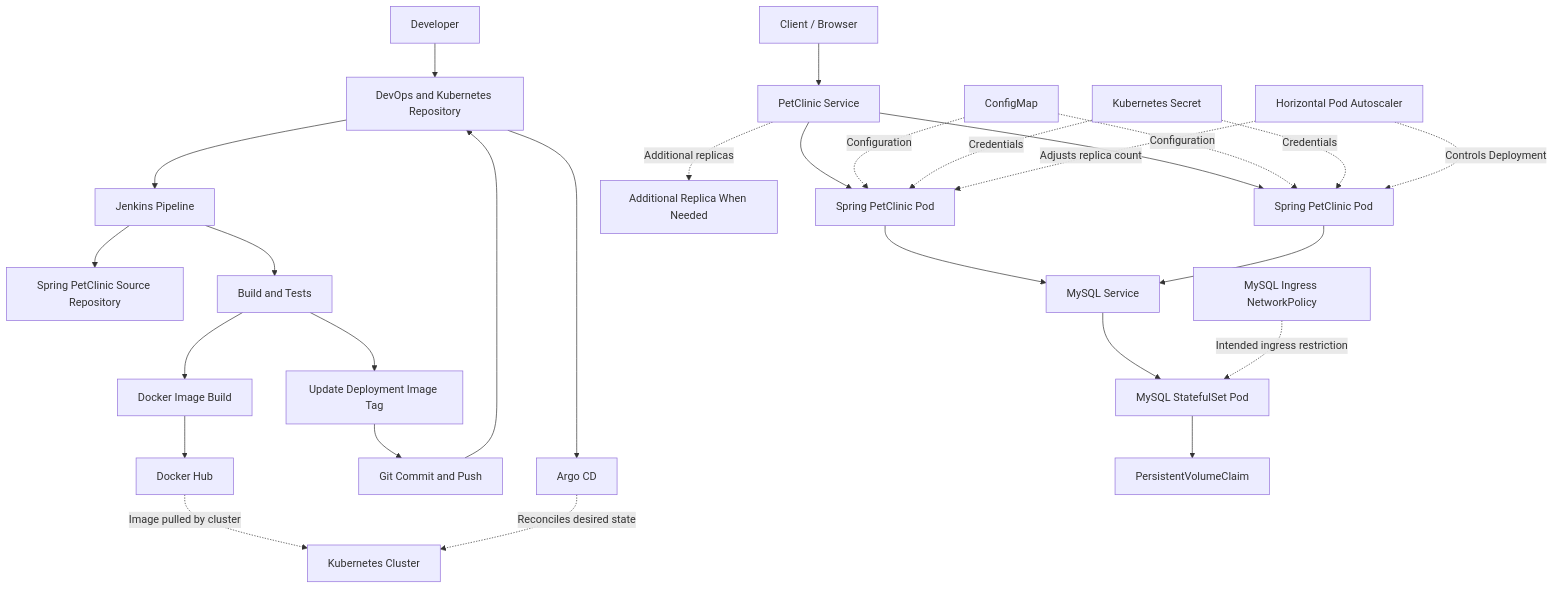
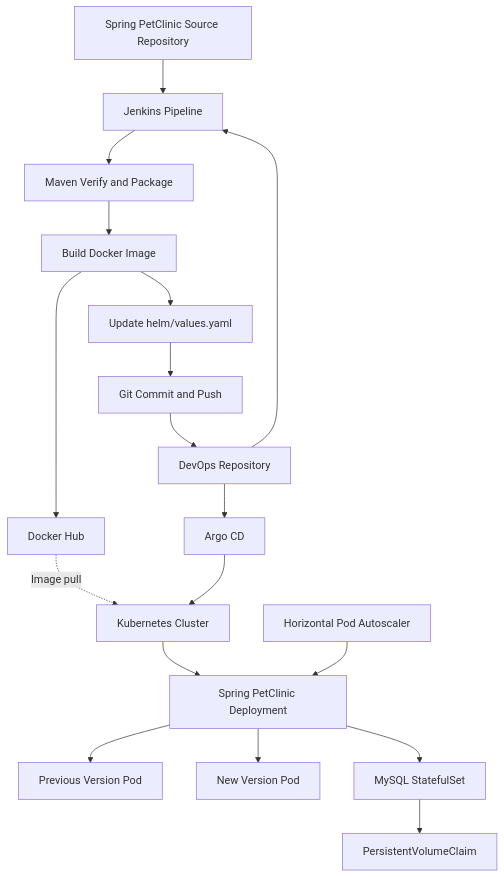
Before and after one commit to moamenothman/spring-petclinic-DevOps: the diagram in README.md, drawn with Mermaid. The commit also changed other lines of this file and 6 other files, not shown here.

````diff
--- a/README.md
+++ b/README.md
@@ -67,60 +78,37 @@
 ```mermaid
 flowchart TD
-    Developer[Developer]
     Source[Spring PetClinic Source Repository]
-    DevOpsRepo[DevOps and Kubernetes Repository]
+    DevOps[DevOps Repository]
     Jenkins[Jenkins Pipeline]
-    Tests[Build and Tests]
-    Image[Docker Image Build]
+    Maven[Maven Verify and Package]
+    Docker[Build Docker Image]
     Registry[Docker Hub]
-    Manifest[Update Deployment Image Tag]
+    Helm[Update helm/values.yaml]
     Commit[Git Commit and Push]
-    ArgoCD[Argo CD]
+    Argo[Argo CD]
     K8s[Kubernetes Cluster]
+    Deploy[Spring PetClinic Deployment]
+    Old[Previous Version Pod]
+    New[New Version Pod]
+    MySQL[MySQL StatefulSet]
+    PVC[PersistentVolumeClaim]
+    HPA[Horizontal Pod Autoscaler]
 
-    Client[Client / Browser]
-    Service[PetClinic Service]
-    App1[Spring PetClinic Pod]
-    App2[Spring PetClinic Pod]
-    App3[Additional Replica When Needed]
-    HPA[Horizontal Pod Autoscaler]
-    Config[ConfigMap]
-    Secret[Kubernetes Secret]
-    DBService[MySQL Service]
-    Policy[MySQL Ingress NetworkPolicy]
-    MySQL[MySQL StatefulSet Pod]
-    PVC[PersistentVolumeClaim]
-
-    Developer --> DevOpsRepo
-    Jenkins --> Source
-    DevOpsRepo --> Jenkins
-    Jenkins --> Tests
-    Tests --> Image
-    Image --> Registry
-    Registry -. Image pulled by cluster .-> K8s
-
-    Tests --> Manifest
-    Manifest --> Commit
-    Commit --> DevOpsRepo
-    DevOpsRepo --> ArgoCD
-    ArgoCD -. Reconciles desired state .-> K8s
-
-    Client --> Service
-    Service --> App1
-    Service --> App2
-    Service -. Additional replicas .-> App3
-
-    Config -. Configuration .-> App1
-    Config -. Configuration .-> App2
-    Secret -. Credentials .-> App1
-    Secret -. Credentials .-> App2
-
-    App1 --> DBService
-    App2 --> DBService
-    DBService --> MySQL
-    Policy -. Intended ingress restriction .-> MySQL
+    Source --> Jenkins
+    DevOps --> Jenkins
+    Jenkins --> Maven
+    Maven --> Docker
+    Docker --> Registry
+    Registry -. Image pull .-> K8s
+    Docker --> Helm
+    Helm --> Commit
+    Commit --> DevOps
+    DevOps --> Argo
+    Argo --> K8s
+    K8s --> Deploy
+    Deploy --> Old
+    Deploy --> New
+    Deploy --> MySQL
     MySQL --> PVC
-
-    HPA -. Adjusts replica count .-> App1
-    HPA -. Controls Deployment .-> App2
+    HPA --> Deploy
 ```
````
